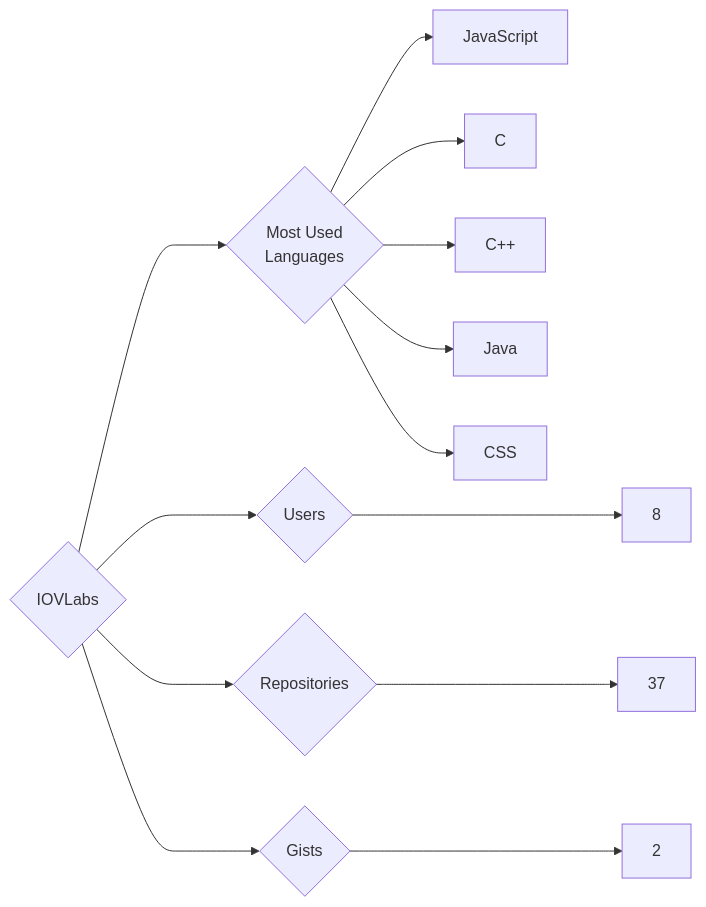
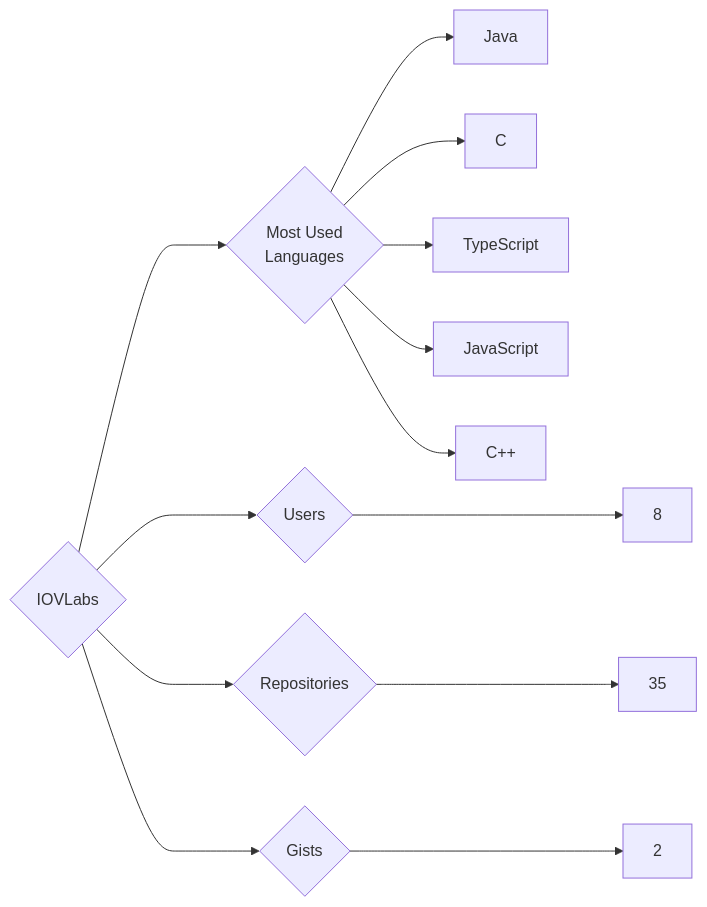
One commit to trickest/insiders changed the diagram in targets/IOVLabs/README.md. Above: the diagram before and after it, drawn with Mermaid. The commit also changed 1120 other files, not shown here.

````diff
--- a/targets/IOVLabs/README.md
+++ b/targets/IOVLabs/README.md
@@ -3,13 +3,13 @@
 ```mermaid
 graph LR
 COMPANY_NAME{IOVLabs}
 COMPANY_NAME ---> U{Users} ---> UN[8]
-COMPANY_NAME ---> R{Repositories} ---> RN[37]
+COMPANY_NAME ---> R{Repositories} ---> RN[35]
 COMPANY_NAME ---> G{Gists} ---> GN[2]
 COMPANY_NAME ---> ML{Most Used<br>Languages}
+ML --> Java[Java]
+ML --> C[C]
+ML --> TypeScript[TypeScript]
 ML --> JavaScript[JavaScript]
-ML --> C[C]
 ML --> C++[C++]
-ML --> Java[Java]
-ML --> CSS[CSS]
 ```
````
